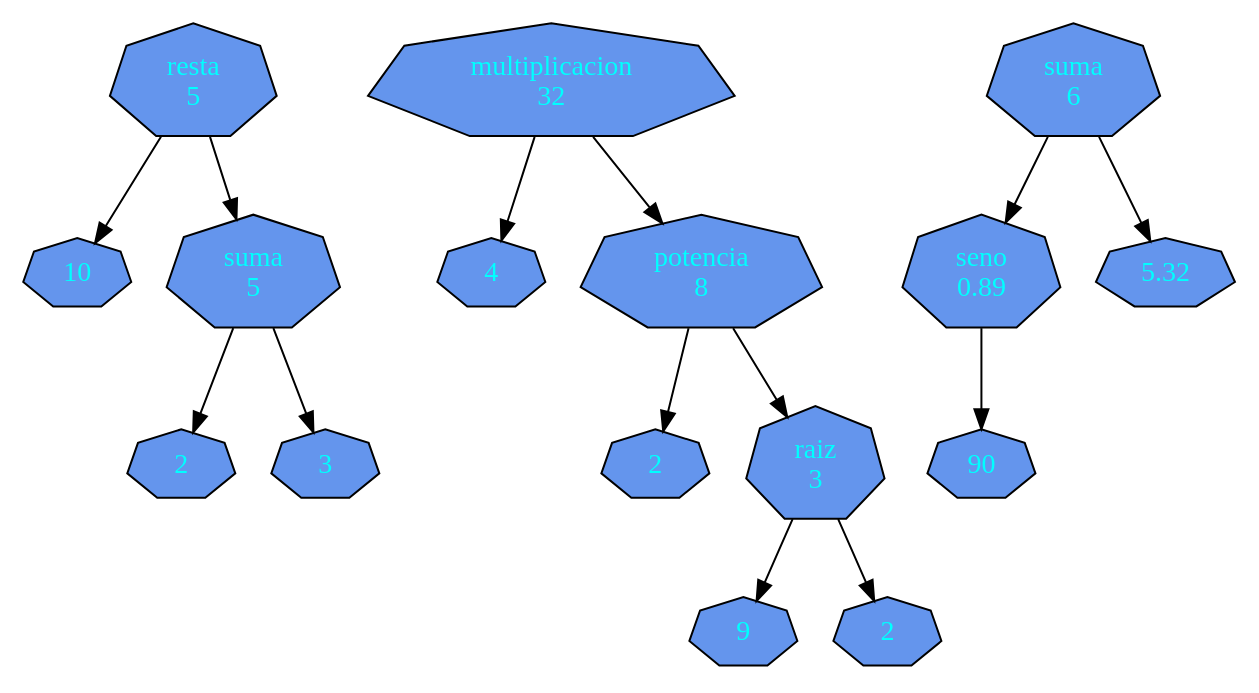
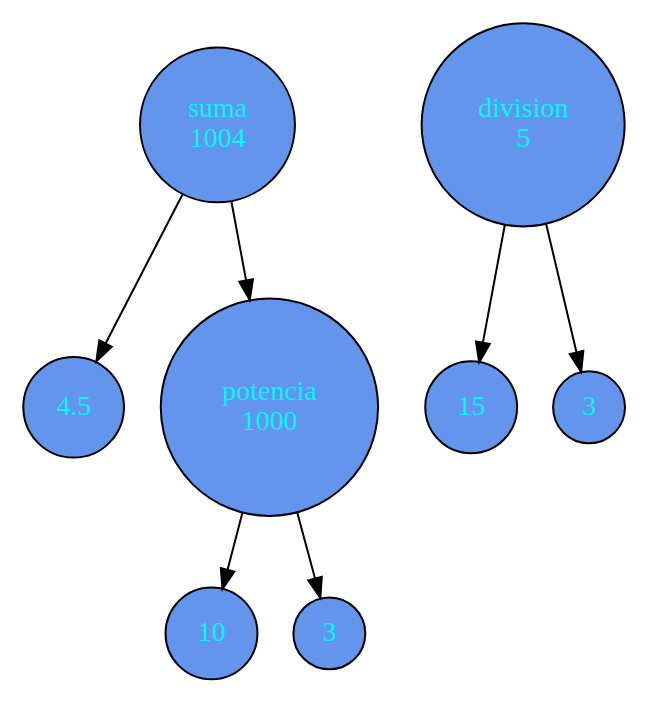
One commit to Javier-201906795/LFP_S2_2023_Proyecto1_201906795 changed the diagram in archivo.dot. Above: the diagram before and after it, drawn with Graphviz. The commit also changed 1 other file, not shown here.

Commit message:
pruebas con graphviz

```diff
--- a/archivo.dot
+++ b/archivo.dot
@@ -1,33 +1,22 @@
 digraph {
         node [style=filled]
-        node [fillcolor=cornflowerblue fontcolor=cyan shape=septagon style=filled]
-        nodo0 [label=10]
-        nodo1 [label=2]
+        node [fillcolor=cornflowerblue fontcolor=cyan shape=circle style=filled]
+        nodo0 [label=4.5]
+        nodo1 [label=10]
         nodo2 [label=3]
-        nodo3 [label="suma\n5"]
+        nodo3 [label="potencia\n1000"]
+        nodo4 [label="suma\n1004"]
+        
         nodo3 -> nodo1
         nodo3 -> nodo2
-        nodo4 [label="resta\n5"]
+
+        nodo4 -> nodo3
         nodo4 -> nodo0
-        nodo4 -> nodo3
-        nodo5 [label=4]
-        nodo6 [label=2]
-        nodo7 [label=9]
-        nodo8 [label=2]
-        nodo9 [label="raiz\n3"]
-        nodo9 -> nodo7
-        nodo9 -> nodo8
-        nodo10 [label="potencia\n8"]
-        nodo10 -> nodo6
-        nodo10 -> nodo9
-        nodo11 [label="multiplicacion\n32"]
-        nodo11 -> nodo5
-        nodo11 -> nodo10
-        nodo12 [label=90]
-        nodo13 [label="seno\n0.89"]
-        nodo13 -> nodo12
-        nodo14 [label=5.32]
-        nodo15 [label="suma\n6"]
-        nodo15 -> nodo13
-        nodo15 -> nodo14
+
+        
+        nodo5 [label=15 ]
+        nodo6 [label=3]
+        nodo7 [label="division\n5"]
+        nodo7 -> nodo5
+        nodo7 -> nodo6
 }
```
